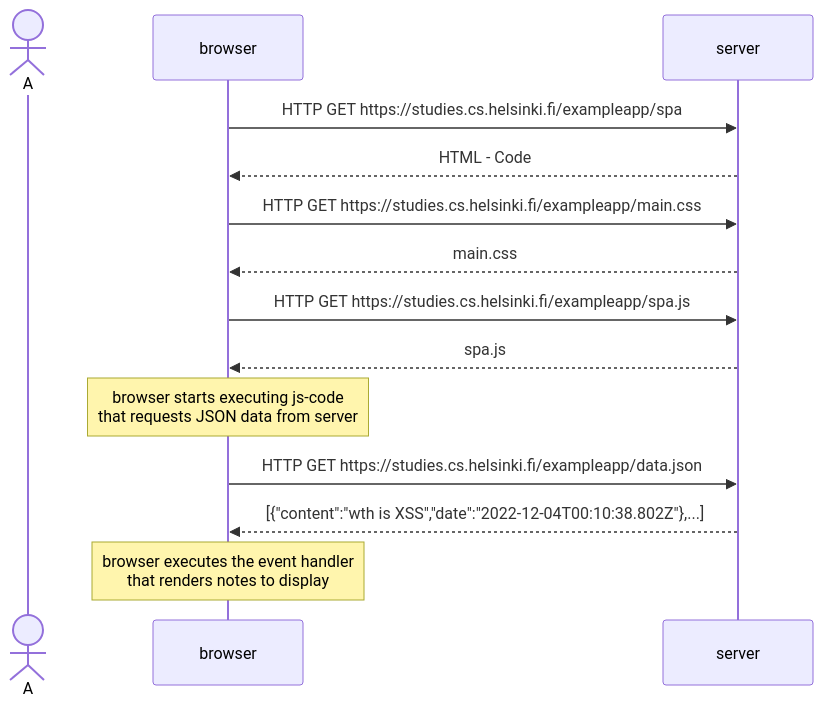
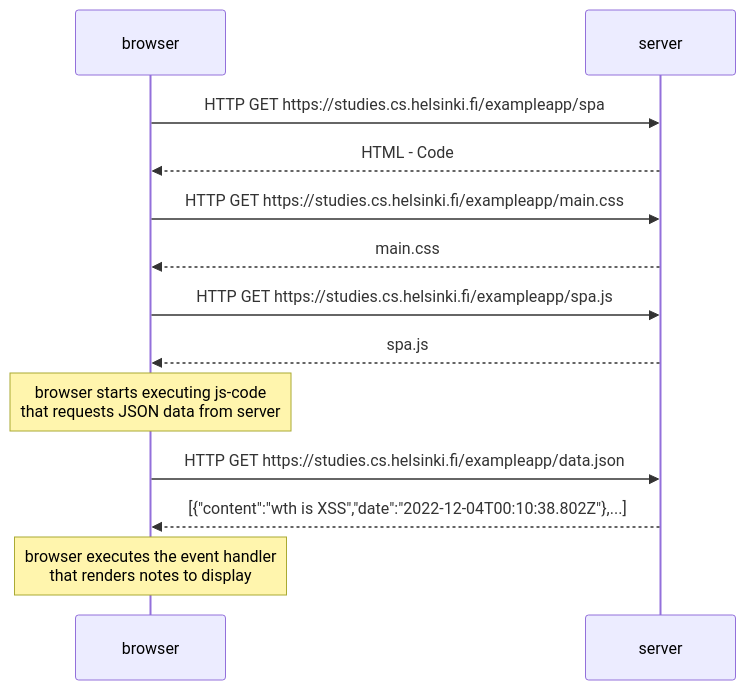
One commit to IoniteMaize17/fullstackopen2022_part0 changed the diagram in Exercise_0_5.md. Above: the diagram before and after it, drawn with Mermaid.

````diff
--- a/Exercise_0_5.md
+++ b/Exercise_0_5.md
@@ -1,20 +1,18 @@
 ```mermaid
 sequenceDiagram
-
-actor A
 
 browser->>server: HTTP GET https://studies.cs.helsinki.fi/exampleapp/spa
 server-->>browser: HTML - Code
 browser->>server: HTTP GET https://studies.cs.helsinki.fi/exampleapp/main.css
 server-->>browser: main.css
 browser->>server: HTTP GET https://studies.cs.helsinki.fi/exampleapp/spa.js
 server-->>browser: spa.js
 
 note over browser: browser starts executing js-code <br>that requests JSON data from server 
 
 browser->>server: HTTP GET https://studies.cs.helsinki.fi/exampleapp/data.json
 server-->>browser: [{"content":"wth is XSS","date":"2022-12-04T00:10:38.802Z"},...]
 
 note over browser: browser executes the event handler <br>that renders notes to display
 
 ```
````
